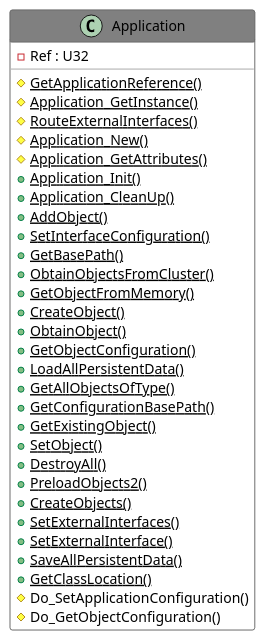
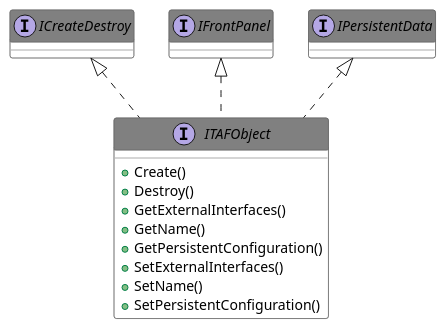
One commit to PatriekBruins/TriekselsoftApplicationFramework changed the diagram in Source/Antidoc-Output/Includes/025.adoc. Above: the diagram before and after it, drawn with PlantUML. The commit also changed other lines of this file and 692 other files, not shown here.

```diff
--- a/Source/Antidoc-Output/Includes/025.adoc
+++ b/Source/Antidoc-Output/Includes/025.adoc
@@ -8,48 +23,33 @@
 [plantuml, format="svg", align="center"]
 ....
 @startuml
 set namespaceSeparator :
 skinparam ClassBackgroundColor #FFFFFF
 skinparam ClassBorderColor #555555
 skinparam ClassFontColor #000000
 skinparam ClassHeaderBackgroundColor #808080
 
 skinparam top to bottom direction
-class "Application" {
-{field} -Ref : U32
-{static} {method} #GetApplicationReference()
-{static} {method} #Application_GetInstance()
-{static} {method} #RouteExternalInterfaces()
-{static} {method} #Application_New()
-{static} {method} #Application_GetAttributes()
-{static} {method} +Application_Init()
-{static} {method} +Application_CleanUp()
-{static} {method} +AddObject()
-{static} {method} +SetInterfaceConfiguration()
-{static} {method} +GetBasePath()
-{static} {method} +ObtainObjectsFromCluster()
-{static} {method} +GetObjectFromMemory()
-{static} {method} +CreateObject()
-{static} {method} +ObtainObject()
-{static} {method} +GetObjectConfiguration()
-{static} {method} +LoadAllPersistentData()
-{static} {method} +GetAllObjectsOfType()
-{static} {method} +GetConfigurationBasePath()
-{static} {method} +GetExistingObject()
-{static} {method} +SetObject()
-{static} {method} +DestroyAll()
-{static} {method} +PreloadObjects2()
-{static} {method} +CreateObjects()
-{static} {method} +SetExternalInterfaces()
-{static} {method} +SetExternalInterface()
-{static} {method} +SaveAllPersistentData()
-{static} {method} +GetClassLocation()
-{method} #Do_SetApplicationConfiguration()
-{method} #Do_GetObjectConfiguration()
+interface "ITAFObject" {
+{method} +Create()
+{method} +Destroy()
+{method} +GetExternalInterfaces()
+{method} +GetName()
+{method} +GetPersistentConfiguration()
+{method} +SetExternalInterfaces()
+{method} +SetName()
+{method} +SetPersistentConfiguration()
 
 }
+"ICreateDestroy" <|.. "ITAFObject"
+interface "ICreateDestroy" {}
+"IFrontPanel" <|.. "ITAFObject"
+interface "IFrontPanel" {}
+"IPersistentData" <|.. "ITAFObject"
+interface "IPersistentData" {}
+
 
 
 
 @enduml
 ....
```
